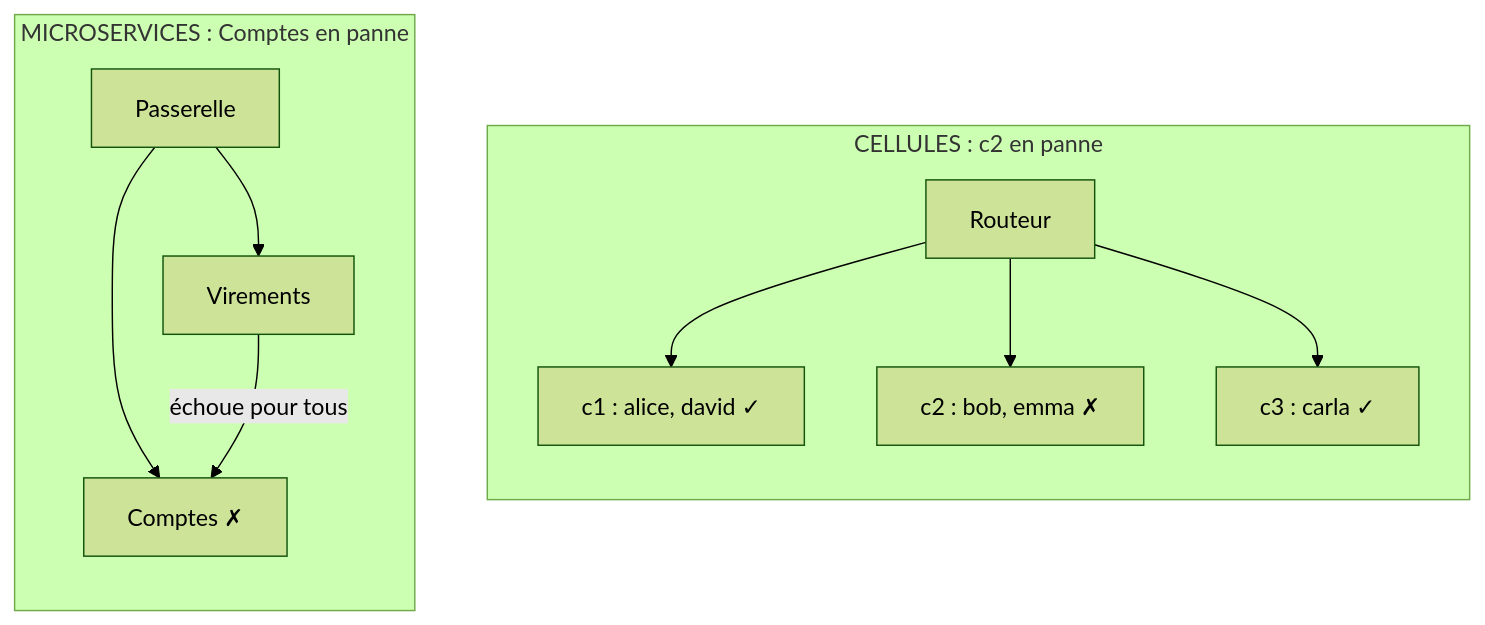
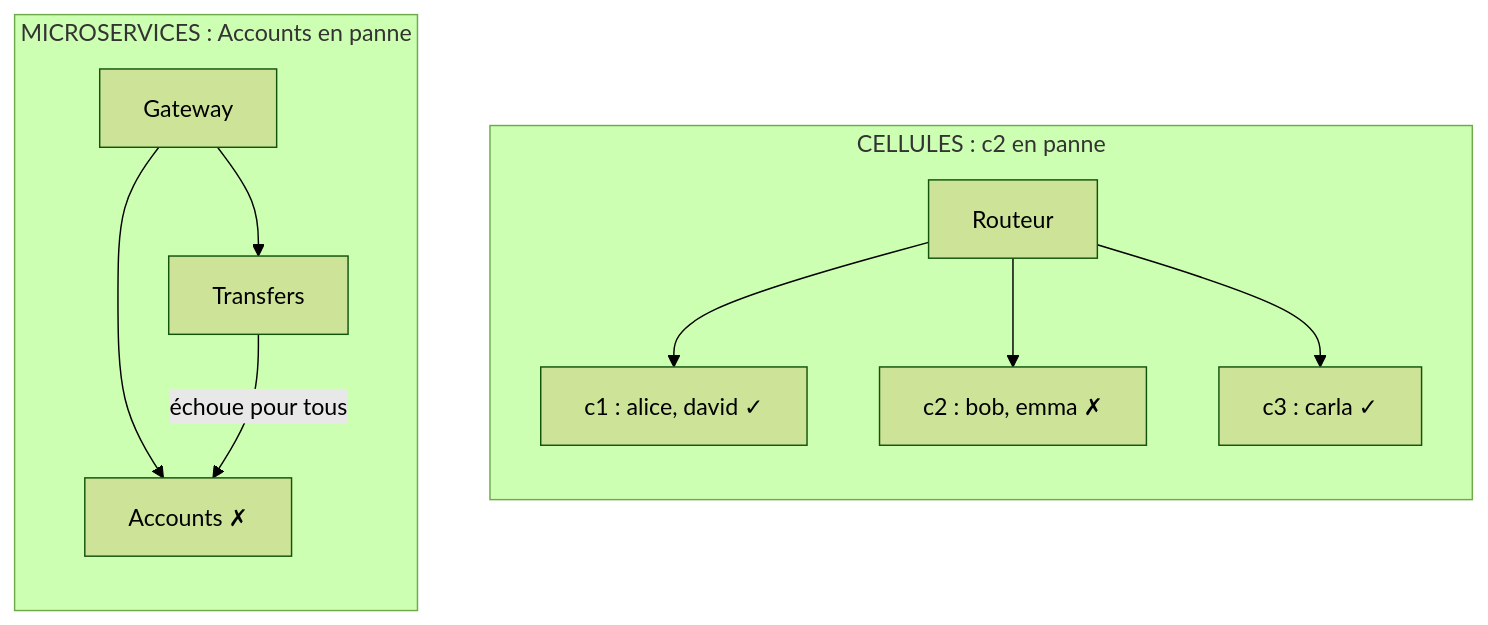
Before and after one commit to drangoht/ArchitecturesDemo: the diagram in Docs/differences/15-cellules-vs-microservices.md, drawn with Mermaid (forest theme). The commit also changed other lines of this file and 70 other files, not shown here.

Commit message:
Docs FR : identifiants, liens, diagrammes et sorties alignés sur le code anglais

````diff
--- a/Docs/differences/15-cellules-vs-microservices.md
+++ b/Docs/differences/15-cellules-vs-microservices.md
@@ -38,16 +38,16 @@
 ```mermaid
 flowchart LR
-    subgraph M["MICROSERVICES : Comptes en panne"]
+    subgraph M["MICROSERVICES : Accounts en panne"]
         direction TB
-        P["Passerelle"] --> CO["Comptes ✗"]
-        P --> VI["Virements"]
+        P["Gateway"] --> CO["Accounts ✗"]
+        P --> VI["Transfers"]
         VI -->|"échoue pour tous"| CO
     end
     subgraph C["CELLULES : c2 en panne"]
         direction TB
         R["Routeur"] --> C1["c1 : alice, david ✓"]
         R --> C2["c2 : bob, emma ✗"]
         R --> C3["c3 : carla ✓"]
     end
     M ~~~ C
 ```
````
